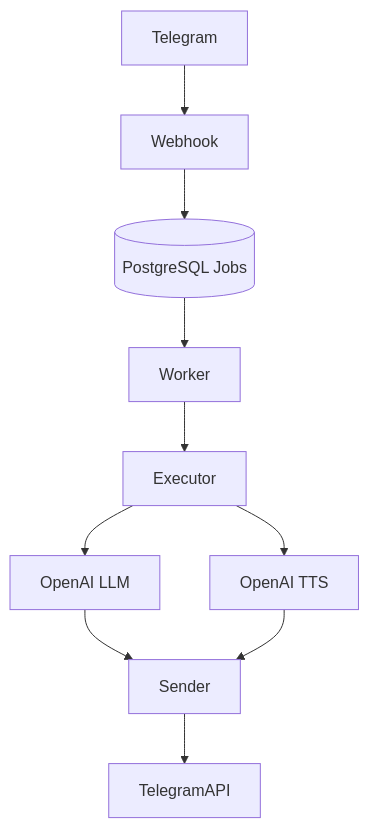
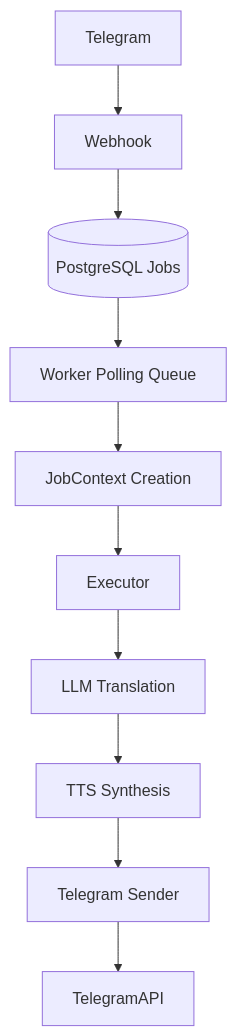
The diagram in README.md (lemesevkirill/telegram-bot-starter-dotnet), drawn with Mermaid before and after one commit. The commit also changed other lines of this file and 1 other file, not shown here.

````diff
--- a/README.md
+++ b/README.md
@@ -24,17 +24,13 @@
 ```mermaid
 flowchart TD
 
 Telegram --> Webhook
 Webhook --> Jobs[(PostgreSQL Jobs)]
-
-Jobs --> Worker
-Worker --> Executor
-
-Executor --> LLM[OpenAI LLM]
-Executor --> TTS[OpenAI TTS]
-
-LLM --> Sender
-TTS --> Sender
-
+Jobs --> Worker[Worker Polling Queue]
+Worker --> JobContext[JobContext Creation]
+JobContext --> Executor
+Executor --> LLM[LLM Translation]
+LLM --> TTS[TTS Synthesis]
+TTS --> Sender[Telegram Sender]
 Sender --> TelegramAPI
 ```
````
